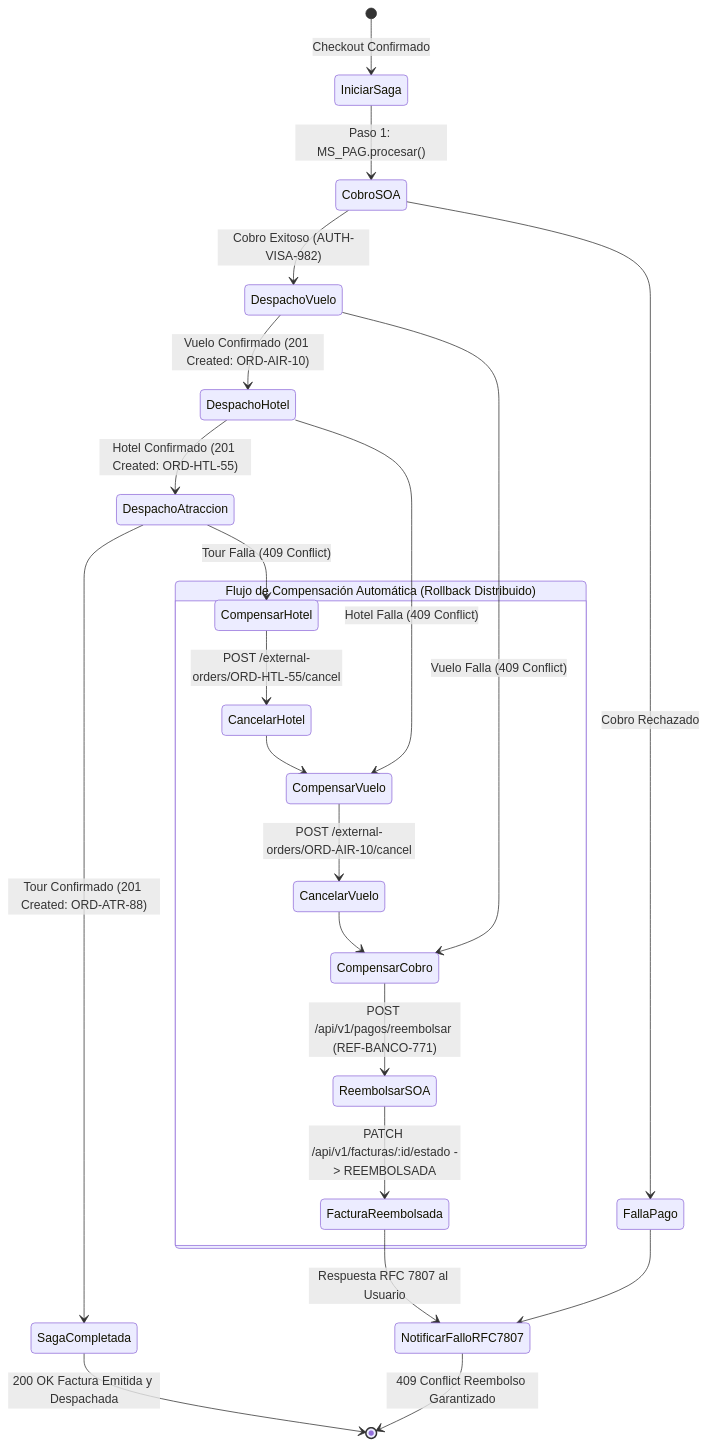
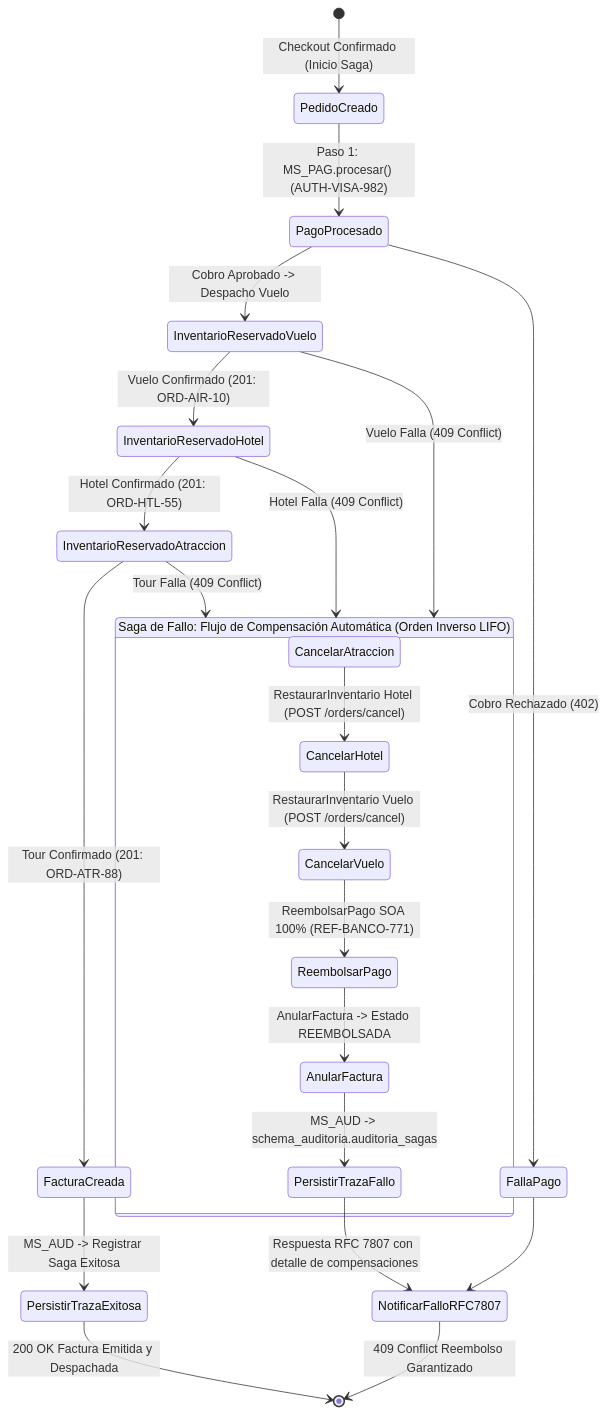
Before and after one commit to LizzuDev/RDA1-Integracion-Sistemas: the sixth of 20 diagrams in docs Paúl Rosero/architecture/ARQUITECTURA_RDA2_MICROSERVICIOS_PRODUCCION.md, drawn with Mermaid. The commit also changed other lines of this file and 11 other files, not shown here.

````diff
--- a/docs Paúl Rosero/architecture/ARQUITECTURA_RDA2_MICROSERVICIOS_PRODUCCION.md
+++ b/docs Paúl Rosero/architecture/ARQUITECTURA_RDA2_MICROSERVICIOS_PRODUCCION.md
@@ -1286,32 +1661,32 @@
 ```mermaid
 stateDiagram-v2
-    [*] --> IniciarSaga: Checkout Confirmado
+    [*] --> PedidoCreado: Checkout Confirmado (Inicio Saga)
     
-    IniciarSaga --> CobroSOA: Paso 1: MS_PAG.procesar()
-    CobroSOA --> DespachoVuelo: Cobro Exitoso (AUTH-VISA-982)
-    CobroSOA --> FallaPago: Cobro Rechazado
+    PedidoCreado --> PagoProcesado: Paso 1: MS_PAG.procesar() (AUTH-VISA-982)
+    PagoProcesado --> InventarioReservadoVuelo: Cobro Aprobado -> Despacho Vuelo
+    PagoProcesado --> FallaPago: Cobro Rechazado (402)
     
-    DespachoVuelo --> DespachoHotel: Vuelo Confirmado (201 Created: ORD-AIR-10)
-    DespachoVuelo --> CompensarCobro: Vuelo Falla (409 Conflict)
+    InventarioReservadoVuelo --> InventarioReservadoHotel: Vuelo Confirmado (201: ORD-AIR-10)
+    InventarioReservadoVuelo --> CompensacionSagaFallo: Vuelo Falla (409 Conflict)
     
-    DespachoHotel --> DespachoAtraccion: Hotel Confirmado (201 Created: ORD-HTL-55)
-    DespachoHotel --> CompensarVuelo: Hotel Falla (409 Conflict)
+    InventarioReservadoHotel --> InventarioReservadoAtraccion: Hotel Confirmado (201: ORD-HTL-55)
+    InventarioReservadoHotel --> CompensacionSagaFallo: Hotel Falla (409 Conflict)
     
-    DespachoAtraccion --> SagaCompletada: Tour Confirmado (201 Created: ORD-ATR-88)
-    DespachoAtraccion --> CompensarHotel: Tour Falla (409 Conflict)
+    InventarioReservadoAtraccion --> FacturaCreada: Tour Confirmado (201: ORD-ATR-88)
+    InventarioReservadoAtraccion --> CompensacionSagaFallo: Tour Falla (409 Conflict)
     
-    state "Flujo de Compensación Automática (Rollback Distribuido)" as Rollback {
-        CompensarHotel --> CancelarHotel: POST /external-orders/ORD-HTL-55/cancel
-        CancelarHotel --> CompensarVuelo
-        CompensarVuelo --> CancelarVuelo: POST /external-orders/ORD-AIR-10/cancel
-        CancelarVuelo --> CompensarCobro
-        CompensarCobro --> ReembolsarSOA: POST /api/v1/pagos/reembolsar (REF-BANCO-771)
-        ReembolsarSOA --> FacturaReembolsada: PATCH /api/v1/facturas/:id/estado -> REEMBOLSADA
+    state "Saga de Fallo: Flujo de Compensación Automática (Orden Inverso LIFO)" as CompensacionSagaFallo {
+        CancelarAtraccion --> CancelarHotel: RestaurarInventario Hotel (POST /orders/cancel)
+        CancelarHotel --> CancelarVuelo: RestaurarInventario Vuelo (POST /orders/cancel)
+        CancelarVuelo --> ReembolsarPago: ReembolsarPago SOA 100% (REF-BANCO-771)
+        ReembolsarPago --> AnularFactura: AnularFactura -> Estado REEMBOLSADA
+        AnularFactura --> PersistirTrazaFallo: MS_AUD -> schema_auditoria.auditoria_sagas
     }
     
-    FacturaReembolsada --> NotificarFalloRFC7807: Respuesta RFC 7807 al Usuario
+    PersistirTrazaFallo --> NotificarFalloRFC7807: Respuesta RFC 7807 con detalle de compensaciones
     FallaPago --> NotificarFalloRFC7807
     
-    SagaCompletada --> [*]: 200 OK Factura Emitida y Despachada
+    FacturaCreada --> PersistirTrazaExitosa: MS_AUD -> Registrar Saga Exitosa
+    PersistirTrazaExitosa --> [*]: 200 OK Factura Emitida y Despachada
     NotificarFalloRFC7807 --> [*]: 409 Conflict Reembolso Garantizado
 ```
````
